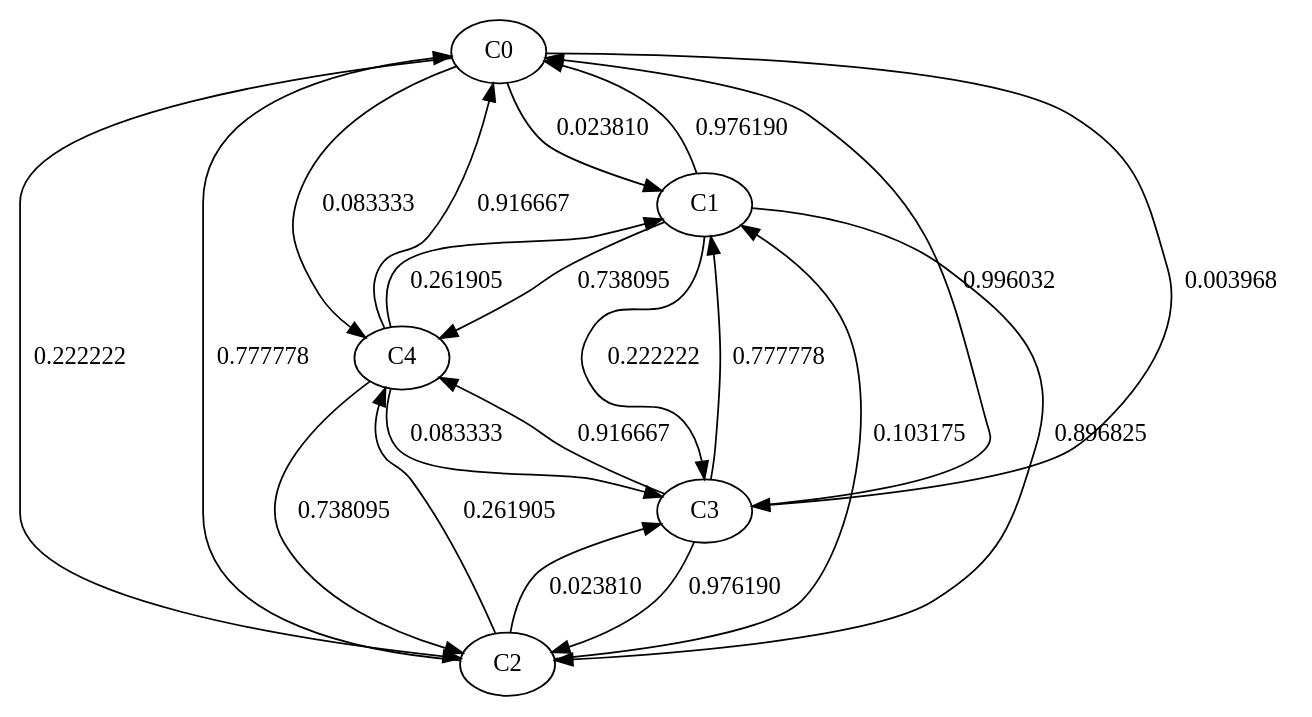
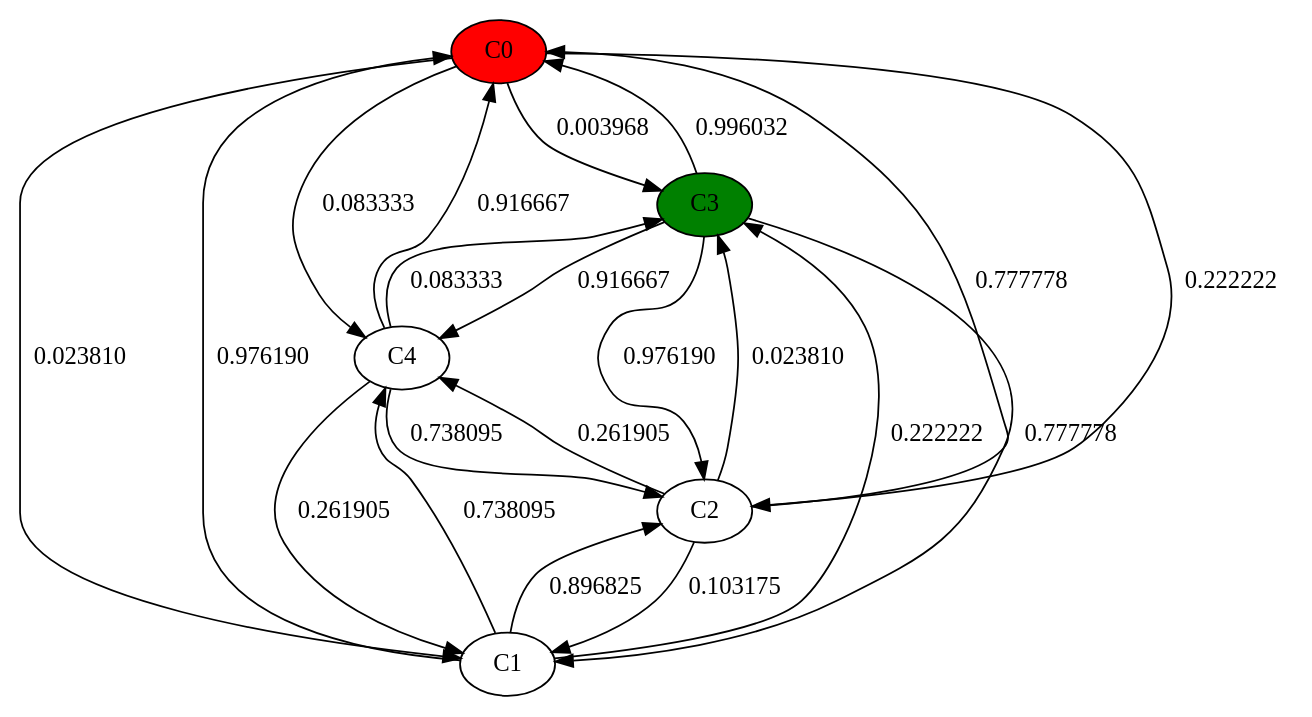
Before and after one commit to etscrivner/thompson_sampling: the diagram in results/results.dot, drawn with Graphviz. The commit also changed 1 other file, not shown here.

Commit message:
Add color to make graph clearer

```diff
--- a/results/results.dot
+++ b/results/results.dot
@@ -1,22 +1,24 @@
 digraph candidates {
+        C0 [style=filled, fillcolor=red]
+        C3 [style=filled, fillcolor=green]
 	C0 -> C1 [label="0.023810"]
 	C0 -> C2 [label="0.222222"]
 	C0 -> C3 [label="0.003968"]
 	C0 -> C4 [label="0.083333"]
 	C1 -> C0 [label="0.976190"]
 	C1 -> C2 [label="0.896825"]
 	C1 -> C3 [label="0.222222"]
 	C1 -> C4 [label="0.738095"]
 	C2 -> C0 [label="0.777778"]
 	C2 -> C1 [label="0.103175"]
 	C2 -> C3 [label="0.023810"]
 	C2 -> C4 [label="0.261905"]
 	C3 -> C0 [label="0.996032"]
 	C3 -> C1 [label="0.777778"]
 	C3 -> C2 [label="0.976190"]
 	C3 -> C4 [label="0.916667"]
 	C4 -> C0 [label="0.916667"]
 	C4 -> C1 [label="0.261905"]
 	C4 -> C2 [label="0.738095"]
 	C4 -> C3 [label="0.083333"]
 }
```
